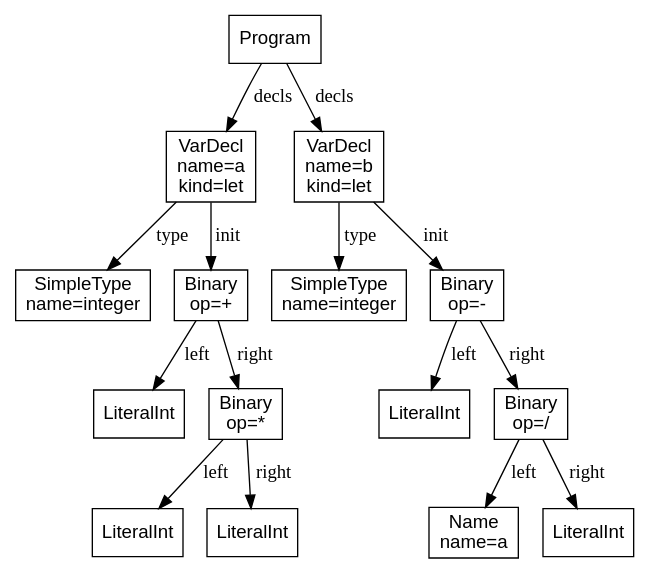
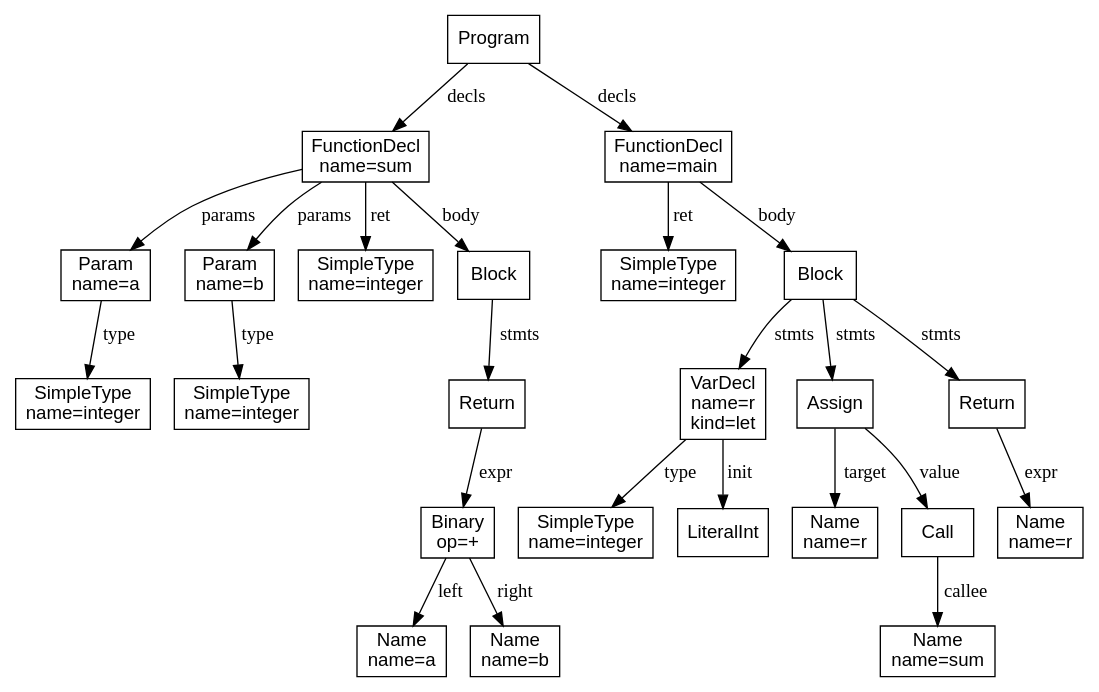
One commit to DanielDubon/compilers-2025_Dubon changed the diagram in compiscript/program/ast.dot. Above: the diagram before and after it, drawn with Graphviz. The commit also changed 10 other files, not shown here.

Commit message:
feat: mips generate prologue and call sequences

```diff
--- a/compiscript/program/ast.dot
+++ b/compiscript/program/ast.dot
@@ -1,32 +1,50 @@
 digraph AST {
   node [shape=box, fontname="Arial"];
   n0 [label="Program"];
-  n1 [label="VarDecl\nname=a\nkind=let"];
-  n2 [label="SimpleType\nname=integer"];
-  n1 -> n2 [label="type"];
-  n3 [label="Binary\nop=+"];
-  n4 [label="LiteralInt"];
-  n3 -> n4 [label="left"];
-  n5 [label="Binary\nop=*"];
-  n6 [label="LiteralInt"];
-  n5 -> n6 [label="left"];
-  n7 [label="LiteralInt"];
-  n5 -> n7 [label="right"];
-  n3 -> n5 [label="right"];
-  n1 -> n3 [label="init"];
+  n1 [label="FunctionDecl\nname=sum"];
+  n2 [label="Param\nname=a"];
+  n3 [label="SimpleType\nname=integer"];
+  n2 -> n3 [label="type"];
+  n1 -> n2 [label="params"];
+  n4 [label="Param\nname=b"];
+  n5 [label="SimpleType\nname=integer"];
+  n4 -> n5 [label="type"];
+  n1 -> n4 [label="params"];
+  n6 [label="SimpleType\nname=integer"];
+  n1 -> n6 [label="ret"];
+  n7 [label="Block"];
+  n8 [label="Return"];
+  n9 [label="Binary\nop=+"];
+  n10 [label="Name\nname=a"];
+  n9 -> n10 [label="left"];
+  n11 [label="Name\nname=b"];
+  n9 -> n11 [label="right"];
+  n8 -> n9 [label="expr"];
+  n7 -> n8 [label="stmts"];
+  n1 -> n7 [label="body"];
   n0 -> n1 [label="decls"];
-  n8 [label="VarDecl\nname=b\nkind=let"];
-  n9 [label="SimpleType\nname=integer"];
-  n8 -> n9 [label="type"];
-  n10 [label="Binary\nop=-"];
-  n11 [label="LiteralInt"];
-  n10 -> n11 [label="left"];
-  n12 [label="Binary\nop=/"];
-  n13 [label="Name\nname=a"];
-  n12 -> n13 [label="left"];
-  n14 [label="LiteralInt"];
-  n12 -> n14 [label="right"];
-  n10 -> n12 [label="right"];
-  n8 -> n10 [label="init"];
-  n0 -> n8 [label="decls"];
+  n12 [label="FunctionDecl\nname=main"];
+  n13 [label="SimpleType\nname=integer"];
+  n12 -> n13 [label="ret"];
+  n14 [label="Block"];
+  n15 [label="VarDecl\nname=r\nkind=let"];
+  n16 [label="SimpleType\nname=integer"];
+  n15 -> n16 [label="type"];
+  n17 [label="LiteralInt"];
+  n15 -> n17 [label="init"];
+  n14 -> n15 [label="stmts"];
+  n18 [label="Assign"];
+  n19 [label="Name\nname=r"];
+  n18 -> n19 [label="target"];
+  n20 [label="Call"];
+  n21 [label="Name\nname=sum"];
+  n20 -> n21 [label="callee"];
+  n18 -> n20 [label="value"];
+  n14 -> n18 [label="stmts"];
+  n22 [label="Return"];
+  n23 [label="Name\nname=r"];
+  n22 -> n23 [label="expr"];
+  n14 -> n22 [label="stmts"];
+  n12 -> n14 [label="body"];
+  n0 -> n12 [label="decls"];
 }
```
